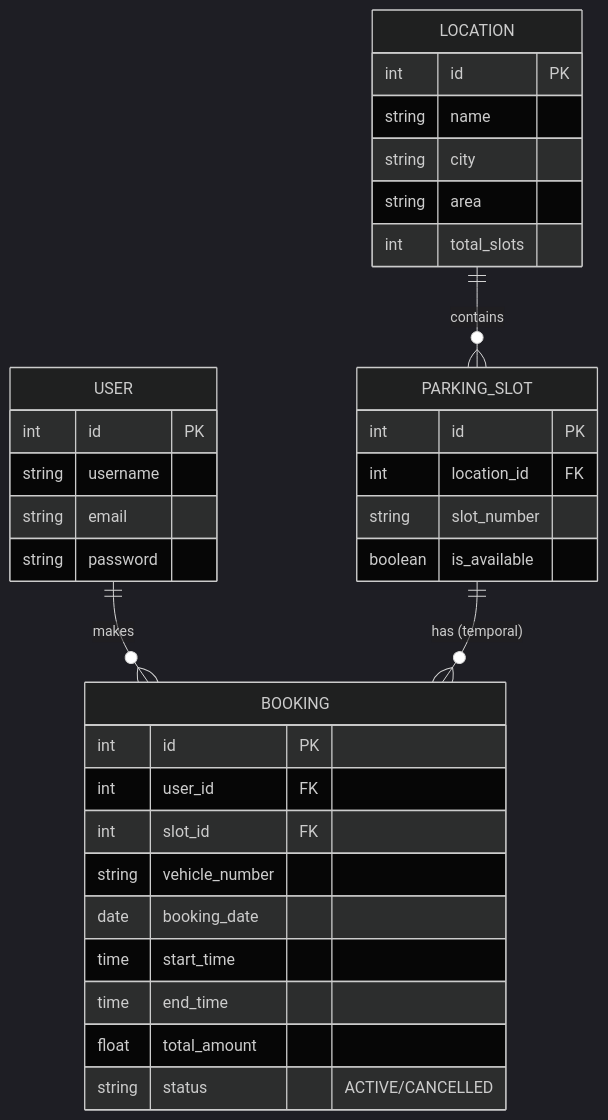
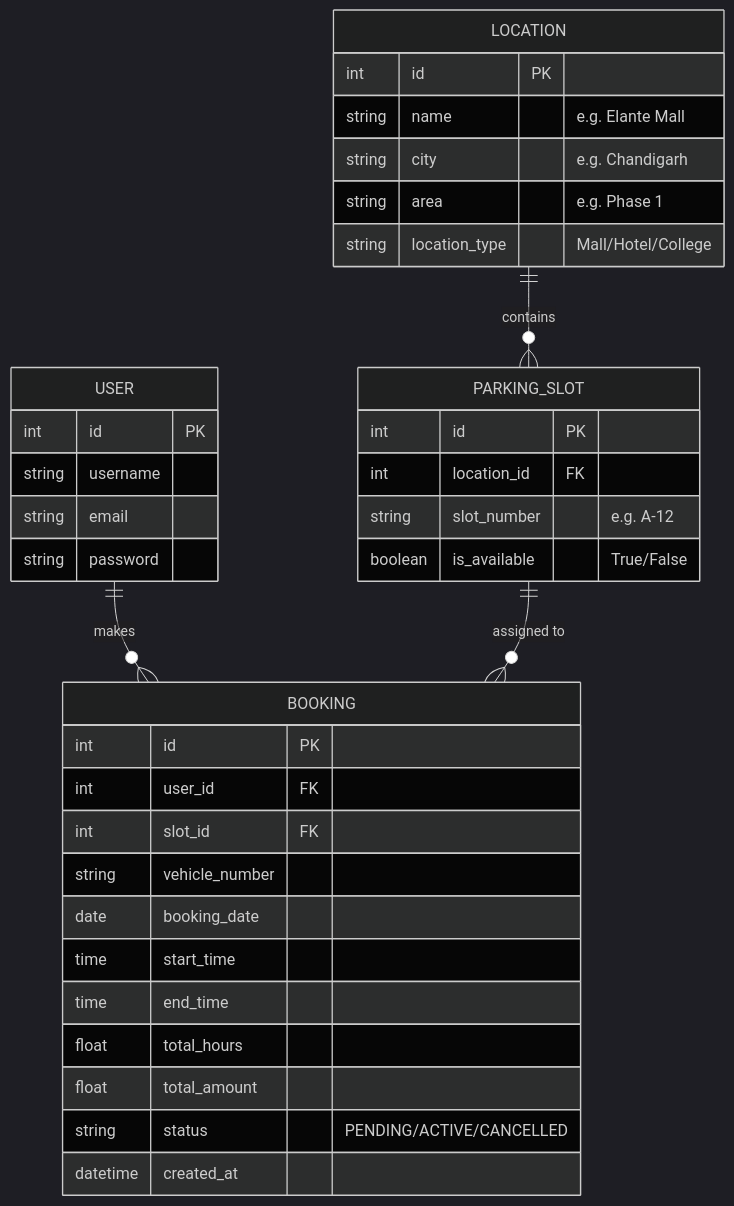
The fourth of 4 diagrams in Parking-Management-System-main/SRS_Document.md (Sumit12312299/Parking-Management-System), drawn with Mermaid (dark theme) before and after one commit. The commit also changed other lines of this file and 11 other files, not shown here.

````diff
--- a/Parking-Management-System-main/SRS_Document.md
+++ b/Parking-Management-System-main/SRS_Document.md
@@ -63,40 +201,42 @@
 ```mermaid
 erDiagram
-    USER ||--o{ BOOKING : makes
-    LOCATION ||--o{ PARKING_SLOT : contains
-    PARKING_SLOT ||--o{ BOOKING : "has (temporal)"
+    USER ||--o{ BOOKING : "makes"
+    LOCATION ||--o{ PARKING_SLOT : "contains"
+    PARKING_SLOT ||--o{ BOOKING : "assigned to"
 
     USER {
         int id PK
         string username
         string email
         string password
     }
 
     LOCATION {
         int id PK
-        string name
-        string city
-        string area
-        int total_slots
+        string name "e.g. Elante Mall"
+        string city "e.g. Chandigarh"
+        string area "e.g. Phase 1"
+        string location_type "Mall/Hotel/College"
     }
 
     PARKING_SLOT {
         int id PK
         int location_id FK
-        string slot_number
-        boolean is_available
+        string slot_number "e.g. A-12"
+        boolean is_available "True/False"
     }
 
     BOOKING {
         int id PK
         int user_id FK
         int slot_id FK
         string vehicle_number
         date booking_date
         time start_time
         time end_time
+        float total_hours
         float total_amount
-        string status "ACTIVE/CANCELLED"
+        string status "PENDING/ACTIVE/CANCELLED"
+        datetime created_at
     }
 ```
````
